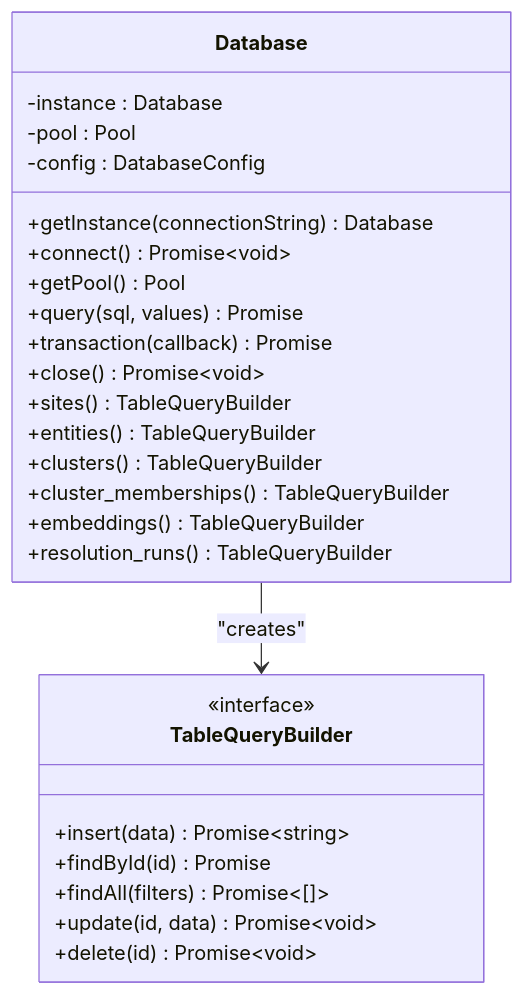
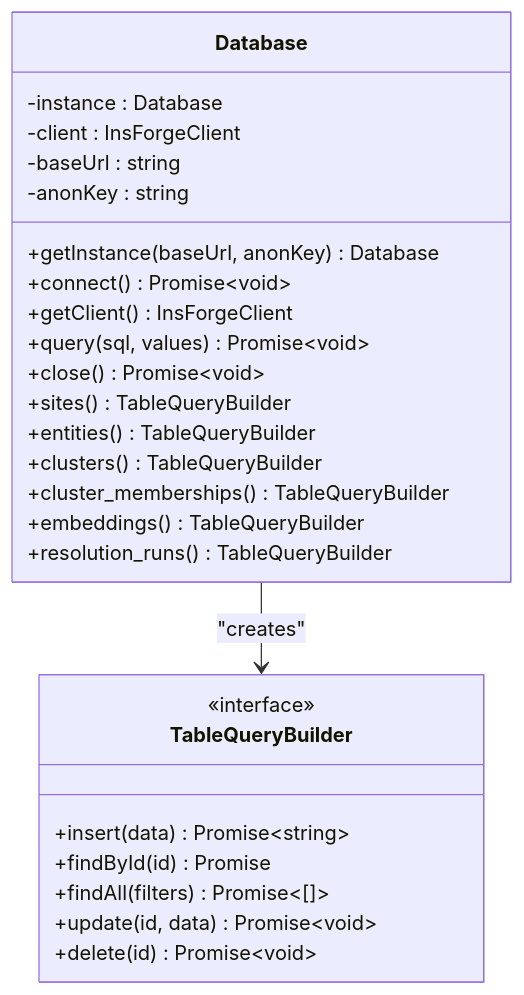
One commit to vishnusaibhosekar/ares changed the third of 7 diagrams in .qoder/repowiki/en/content/Database Schema.md. Above: the diagram before and after it, drawn with Mermaid. The commit also changed other lines of this file and 12 other files, not shown here.

````diff
--- a/.qoder/repowiki/en/content/Database Schema.md
+++ b/.qoder/repowiki/en/content/Database Schema.md
@@ -277,29 +251,29 @@
 ```mermaid
 classDiagram
 class Database {
 -instance : Database
--pool : Pool
--config : DatabaseConfig
-+getInstance(connectionString) Database
+-client : InsForgeClient
+-baseUrl : string
+-anonKey : string
++getInstance(baseUrl, anonKey) Database
 +connect() Promise~void~
-+getPool() Pool
-+query(sql, values) Promise
-+transaction(callback) Promise
++getClient() InsForgeClient
++query(sql, values) Promise~void~
 +close() Promise~void~
 +sites() TableQueryBuilder
 +entities() TableQueryBuilder
 +clusters() TableQueryBuilder
 +cluster_memberships() TableQueryBuilder
 +embeddings() TableQueryBuilder
 +resolution_runs() TableQueryBuilder
 }
 class TableQueryBuilder {
 <<interface>>
 +insert(data) Promise~string~
 +findById(id) Promise
 +findAll(filters) Promise~[]~
 +update(id, data) Promise~void~
 +delete(id) Promise~void~
 }
 Database --> TableQueryBuilder : "creates"
 ```
````
